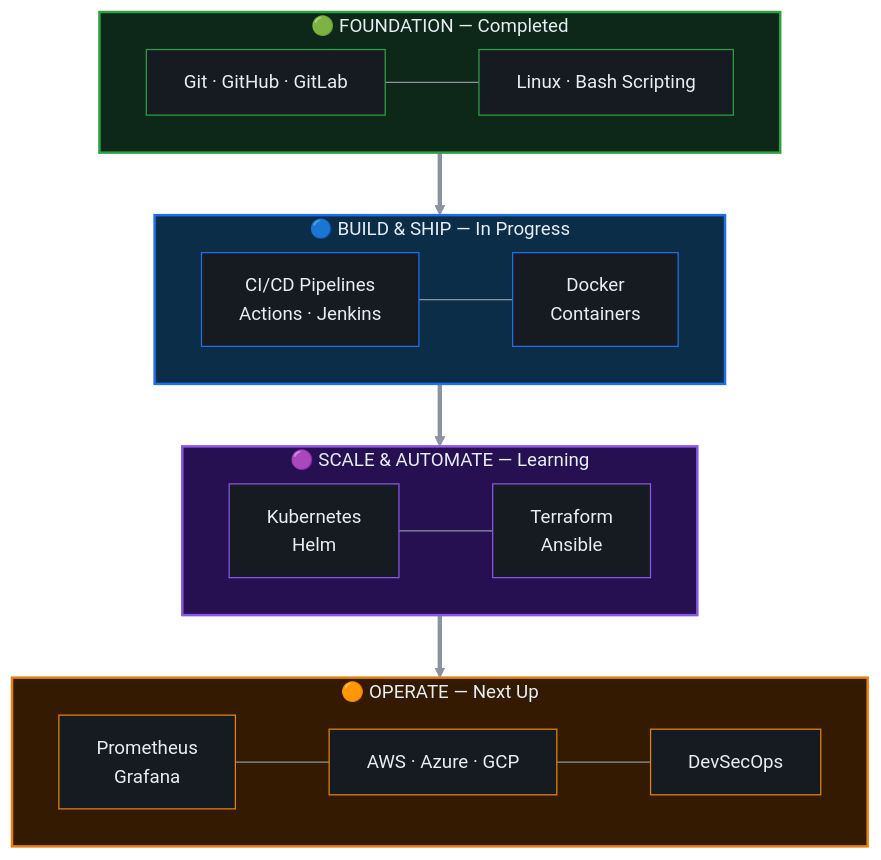
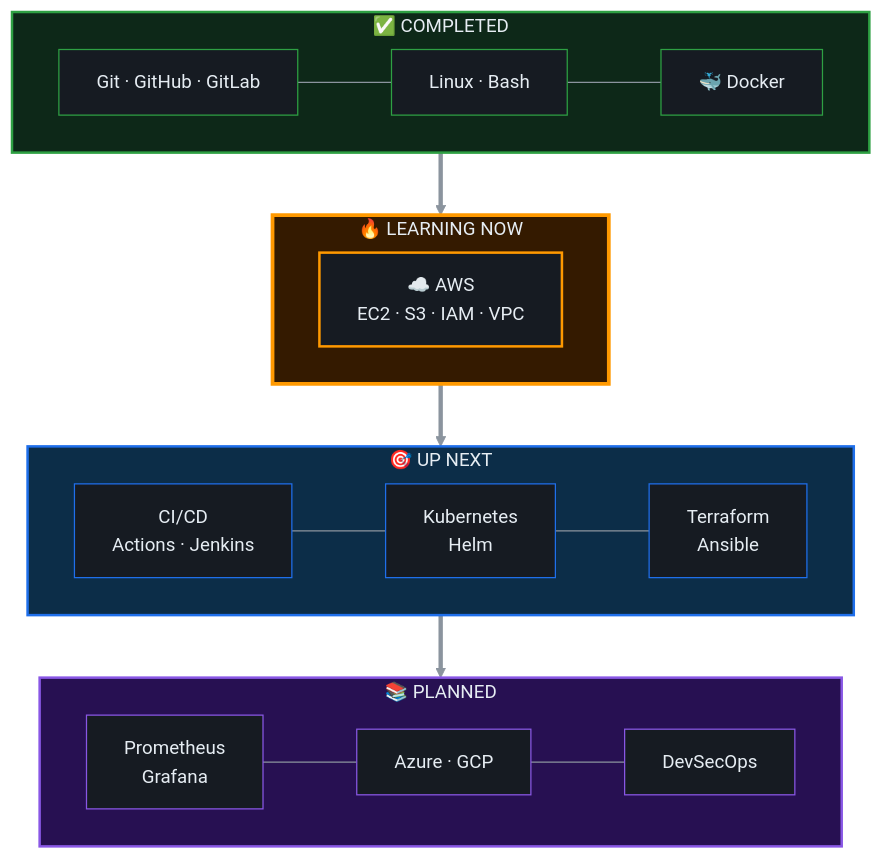
One commit to Sahil31312/Sahil31312 changed the diagram in README.md. Above: the diagram before and after it, drawn with Mermaid. The commit also changed other lines of this file, not shown here.

````diff
--- a/README.md
+++ b/README.md
@@ -194,35 +203,36 @@
 ```mermaid
 %%{init: {'theme':'base','themeVariables':{'primaryColor':'#0d1117','primaryTextColor':'#e6edf3','primaryBorderColor':'#00d9ff','lineColor':'#8b949e','fontSize':'15px','fontFamily':'Segoe UI, sans-serif'},'flowchart':{'curve':'basis','nodeSpacing':40,'rankSpacing':50}}}%%
 flowchart TB
-    subgraph F1["🟢 FOUNDATION — Completed"]
+    subgraph F1["✅ COMPLETED"]
         direction LR
-        A["Git · GitHub · GitLab"] --- B["Linux · Bash Scripting"]
+        A["Git · GitHub · GitLab"] --- B["Linux · Bash"] --- C["🐳 Docker"]
     end
-    subgraph F2["🔵 BUILD & SHIP — In Progress"]
+    subgraph F2["🔥 LEARNING NOW"]
         direction LR
-        C["CI/CD Pipelines<br/>Actions · Jenkins"] --- D["Docker<br/>Containers"]
+        D["☁️ AWS<br/>EC2 · S3 · IAM · VPC"]
     end
-    subgraph F3["🟣 SCALE & AUTOMATE — Learning"]
+    subgraph F3["🎯 UP NEXT"]
         direction LR
-        E["Kubernetes<br/>Helm"] --- G["Terraform<br/>Ansible"]
+        E["CI/CD<br/>Actions · Jenkins"] --- F["Kubernetes<br/>Helm"] --- G["Terraform<br/>Ansible"]
     end
-    subgraph F4["🟠 OPERATE — Next Up"]
+    subgraph F4["📚 PLANNED"]
         direction LR
-        H["Prometheus<br/>Grafana"] --- I["AWS · Azure · GCP"] --- J["DevSecOps"]
+        H["Prometheus<br/>Grafana"] --- I["Azure · GCP"] --- J["DevSecOps"]
     end
     F1 ==> F2 ==> F3 ==> F4
 
     style F1 fill:#0d2818,stroke:#2ea043,stroke-width:2px,color:#e6edf3
-    style F2 fill:#0c2d48,stroke:#1f6feb,stroke-width:2px,color:#e6edf3
-    style F3 fill:#271052,stroke:#8957e5,stroke-width:2px,color:#e6edf3
-    style F4 fill:#341a00,stroke:#e3820e,stroke-width:2px,color:#e6edf3
+    style F2 fill:#341a00,stroke:#ff9900,stroke-width:3px,color:#e6edf3
+    style F3 fill:#0c2d48,stroke:#1f6feb,stroke-width:2px,color:#e6edf3
+    style F4 fill:#271052,stroke:#8957e5,stroke-width:2px,color:#e6edf3
     style A fill:#161b22,stroke:#2ea043,color:#e6edf3
     style B fill:#161b22,stroke:#2ea043,color:#e6edf3
-    style C fill:#161b22,stroke:#1f6feb,color:#e6edf3
-    style D fill:#161b22,stroke:#1f6feb,color:#e6edf3
-    style E fill:#161b22,stroke:#8957e5,color:#e6edf3
-    style G fill:#161b22,stroke:#8957e5,color:#e6edf3
-    style H fill:#161b22,stroke:#e3820e,color:#e6edf3
-    style I fill:#161b22,stroke:#e3820e,color:#e6edf3
-    style J fill:#161b22,stroke:#e3820e,color:#e6edf3
+    style C fill:#161b22,stroke:#2ea043,color:#e6edf3
+    style D fill:#161b22,stroke:#ff9900,stroke-width:2px,color:#e6edf3
+    style E fill:#161b22,stroke:#1f6feb,color:#e6edf3
+    style F fill:#161b22,stroke:#1f6feb,color:#e6edf3
+    style G fill:#161b22,stroke:#1f6feb,color:#e6edf3
+    style H fill:#161b22,stroke:#8957e5,color:#e6edf3
+    style I fill:#161b22,stroke:#8957e5,color:#e6edf3
+    style J fill:#161b22,stroke:#8957e5,color:#e6edf3
 ```
````
